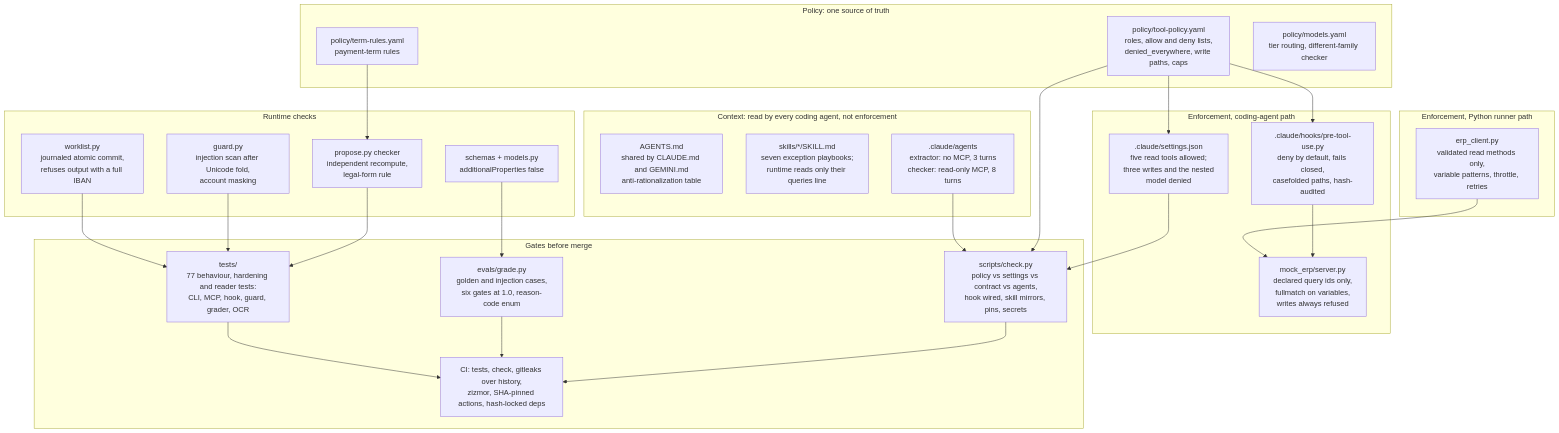
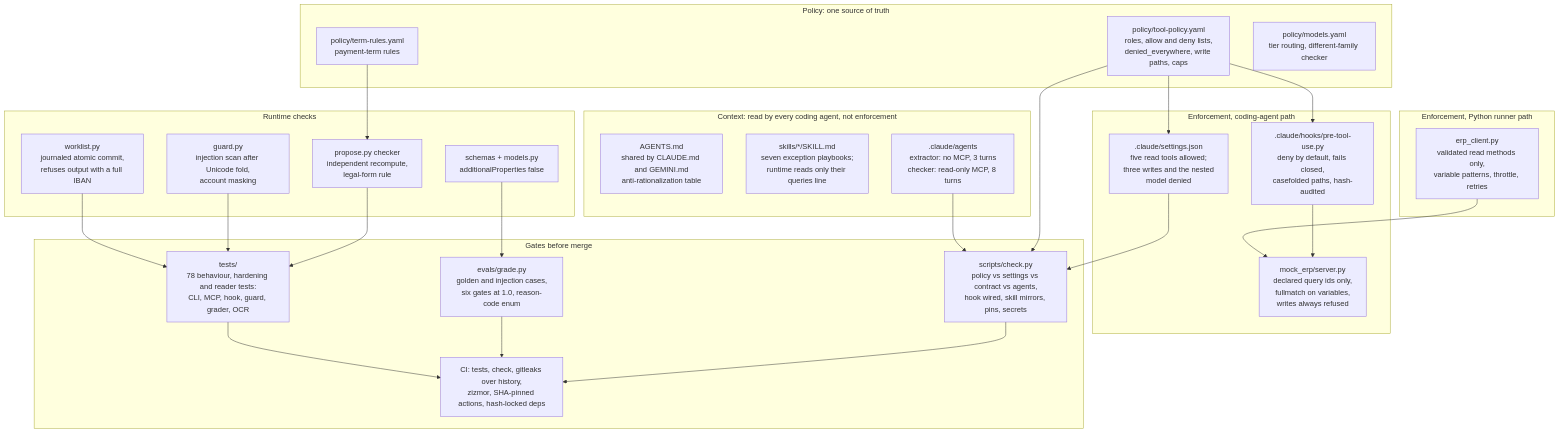
The diagram in docs/diagrams/harness.mmd (BTECHK/invoice-term-agent), drawn with Mermaid before and after one commit. The commit also changed 15 other files, not shown here.

```diff
--- a/docs/diagrams/harness.mmd
+++ b/docs/diagrams/harness.mmd
@@ -1,46 +1,46 @@
 flowchart TB
   subgraph CTX[Context: read by every coding agent, not enforcement]
     A1[AGENTS.md<br/>shared by CLAUDE.md and GEMINI.md<br/>anti-rationalization table]
     A2[skills/*/SKILL.md<br/>seven exception playbooks;<br/>runtime reads only their queries line]
     A3[.claude/agents<br/>extractor: no MCP, 3 turns<br/>checker: read-only MCP, 8 turns]
   end
   subgraph POL[Policy: one source of truth]
     P1[policy/tool-policy.yaml<br/>roles, allow and deny lists,<br/>denied_everywhere, write paths, caps]
     P2[policy/term-rules.yaml<br/>payment-term rules]
     P3[policy/models.yaml<br/>tier routing, different-family checker]
   end
   subgraph CC[Enforcement, coding-agent path]
     H1[.claude/hooks/pre-tool-use.py<br/>deny by default, fails closed,<br/>casefolded paths, hash-audited]
     H2[.claude/settings.json<br/>five read tools allowed;<br/>three writes and the nested<br/>model denied]
     H4[mock_erp/server.py<br/>declared query ids only,<br/>fullmatch on variables,<br/>writes always refused]
   end
   subgraph PY[Enforcement, Python runner path]
     H3[erp_client.py<br/>validated read methods only,<br/>variable patterns, throttle, retries]
   end
   subgraph RUN[Runtime checks]
     R1[guard.py<br/>injection scan after Unicode fold,<br/>account masking]
     R2[schemas + models.py<br/>additionalProperties false]
     R3[propose.py checker<br/>independent recompute,<br/>legal-form rule]
     R4[worklist.py<br/>journaled atomic commit,<br/>refuses output with a full IBAN]
   end
   subgraph GATE[Gates before merge]
     G1[scripts/check.py<br/>policy vs settings vs contract vs agents,<br/>hook wired, skill mirrors, pins, secrets]
     G2[evals/grade.py<br/>golden and injection cases,<br/>six gates at 1.0, reason-code enum]
-    G3[tests/<br/>77 behaviour, hardening and reader tests:<br/>CLI, MCP, hook, guard, grader, OCR]
+    G3[tests/<br/>78 behaviour, hardening and reader tests:<br/>CLI, MCP, hook, guard, grader, OCR]
     G4[CI: tests, check, gitleaks over history,<br/>zizmor, SHA-pinned actions, hash-locked deps]
   end
   P1 --> H1
   P1 --> H2
   P1 --> G1
   H2 --> G1
   A3 --> G1
   P2 --> R3
   H1 --> H4
   H3 --> H4
   R2 --> G2
   R3 --> G3
   R1 --> G3
   R4 --> G3
   G1 --> G4
   G2 --> G4
   G3 --> G4
```
